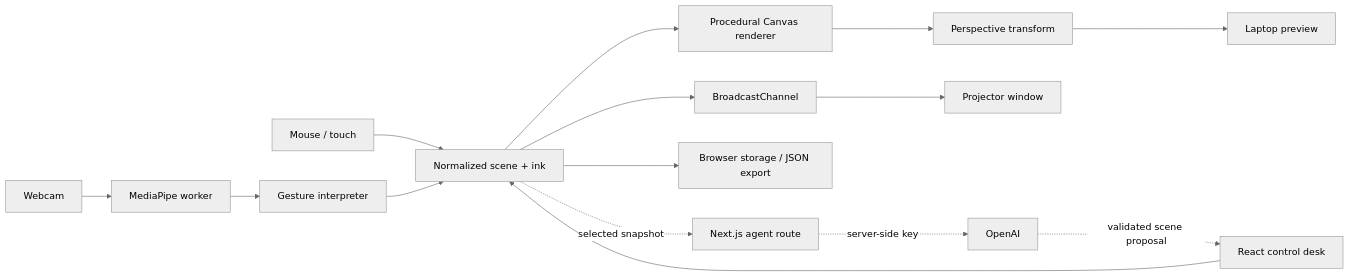
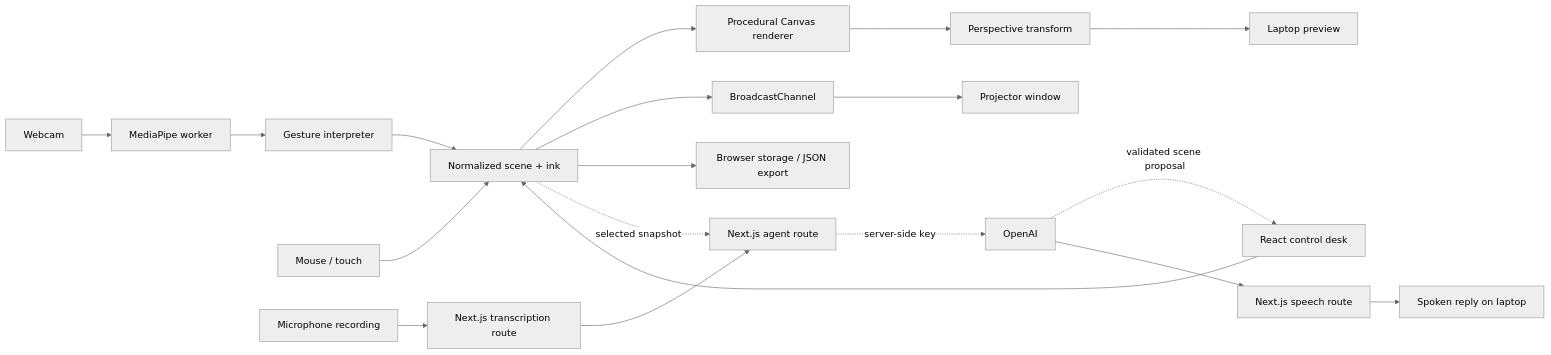
Before and after one commit to tmanzhe/arcwall: the diagram in README.md, drawn with Mermaid (neutral theme). The commit also changed other lines of this file and 2 other files, not shown here.

````diff
--- a/README.md
+++ b/README.md
@@ -74,17 +97,21 @@
 ```mermaid
 flowchart LR
   Camera[Webcam] --> Worker[MediaPipe worker]
   Worker --> Gestures[Gesture interpreter]
   Pointer[Mouse / touch] --> Scene[Normalized scene + ink]
   Gestures --> Scene
   Controls[React control desk] --> Scene
   Scene --> Render[Procedural Canvas renderer]
   Render --> Warp[Perspective transform]
   Warp --> Preview[Laptop preview]
   Scene --> Channel[BroadcastChannel]
   Channel --> Output[Projector window]
   Scene --> Save[Browser storage / JSON export]
   Scene -. selected snapshot .-> API[Next.js agent route]
   API -. server-side key .-> Model[OpenAI]
   Model -. validated scene proposal .-> Controls
+  Mic[Microphone recording] --> Transcribe[Next.js transcription route]
+  Transcribe --> API
+  Model --> Speech[Next.js speech route]
+  Speech --> Playback[Spoken reply on laptop]
 ```
````
